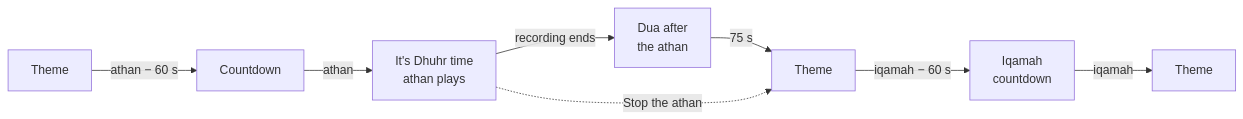
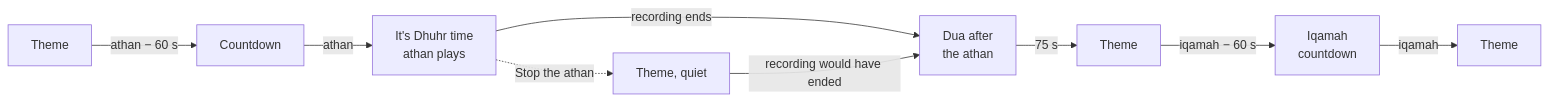
Before and after one commit to faisal-shah/adhan-clock: the diagram in README.md, drawn with Mermaid. The commit also changed other lines of this file and 12 other files, not shown here.

````diff
--- a/README.md
+++ b/README.md
@@ -23,10 +23,11 @@
 ```mermaid
 flowchart LR
     T1[Theme] -->|athan − 60 s| C[Countdown]
     C -->|athan| A["It's Dhuhr time<br/>athan plays"]
     A -->|recording ends| D[Dua after<br/>the athan]
     D -->|75 s| T2[Theme]
     T2 -->|iqamah − 60 s| I[Iqamah<br/>countdown]
     I -->|iqamah| T3[Theme]
-    A -.->|Stop the athan| T2
+    A -.->|Stop the athan| Q[Theme, quiet]
+    Q -->|recording would have ended| D
 ```
````
